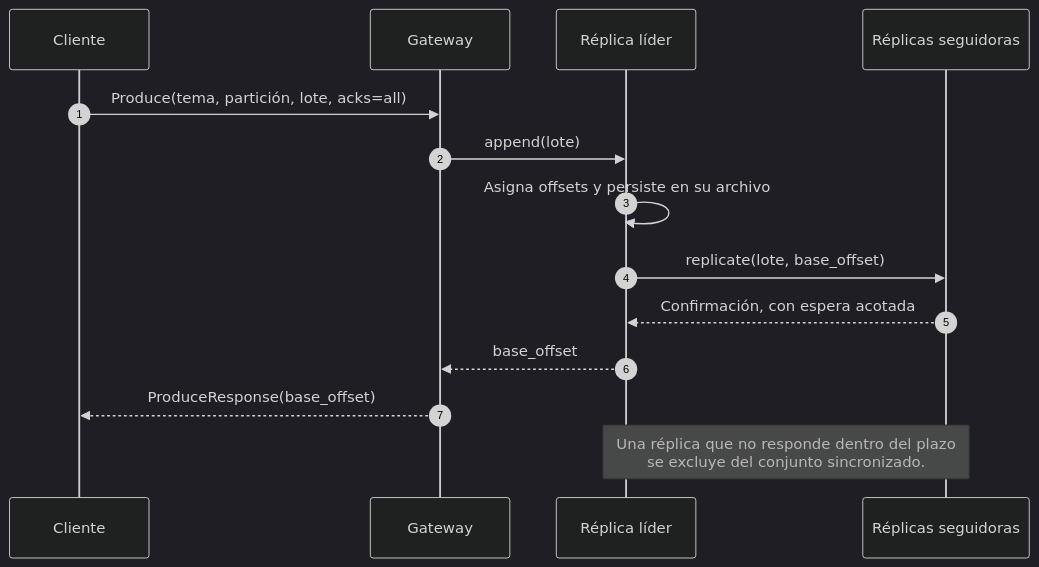
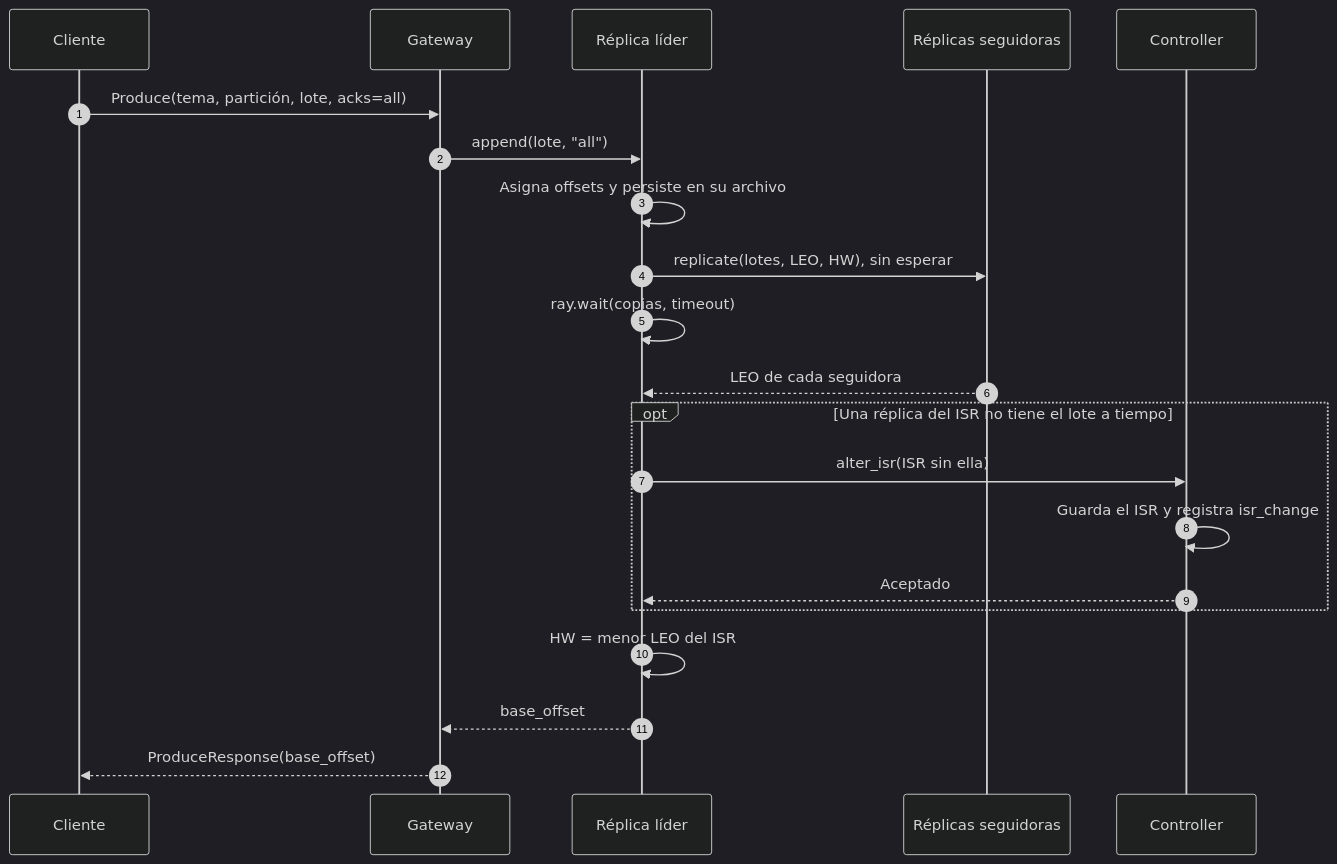
Before and after one commit to alinadelanoval/bitacora: the second of 3 diagrams in docs/phase-1-ray/dependencies.md, drawn with Mermaid (dark theme). The commit also changed other lines of this file and 1 other file, not shown here.

Commit message:
docs(phase-1): describe replication, ISR and leader promotion

````diff
--- a/docs/phase-1-ray/dependencies.md
+++ b/docs/phase-1-ray/dependencies.md
@@ -97,17 +97,25 @@
 ```mermaid
 sequenceDiagram
     autonumber
     participant C as Cliente
     participant G as Gateway
     participant L as Réplica líder
     participant F as Réplicas seguidoras
 
+    participant K as Controller
+
     C->>G: Produce(tema, partición, lote, acks=all)
-    G->>L: append(lote)
+    G->>L: append(lote, "all")
     L->>L: Asigna offsets y persiste en su archivo
-    L->>F: replicate(lote, base_offset)
-    F-->>L: Confirmación, con espera acotada
+    L->>F: replicate(lotes, LEO, HW), sin esperar
+    L->>L: ray.wait(copias, timeout)
+    F-->>L: LEO de cada seguidora
+    opt Una réplica del ISR no tiene el lote a tiempo
+        L->>K: alter_isr(ISR sin ella)
+        K->>K: Guarda el ISR y registra isr_change
+        K-->>L: Aceptado
+    end
+    L->>L: HW = menor LEO del ISR
     L-->>G: base_offset
     G-->>C: ProduceResponse(base_offset)
-    Note over L,F: Una réplica que no responde dentro del plazo<br/>se excluye del conjunto sincronizado.
 ```
````
